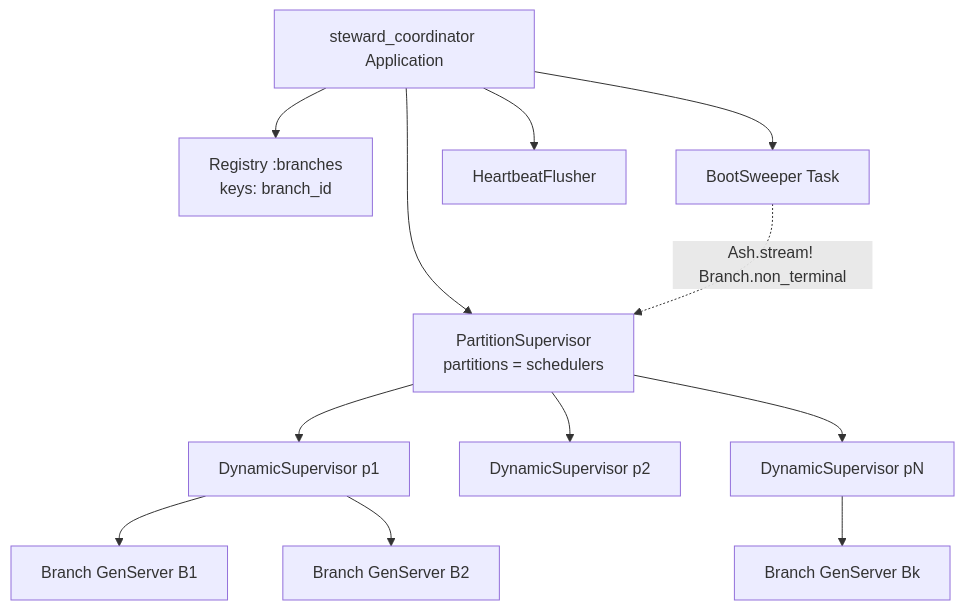
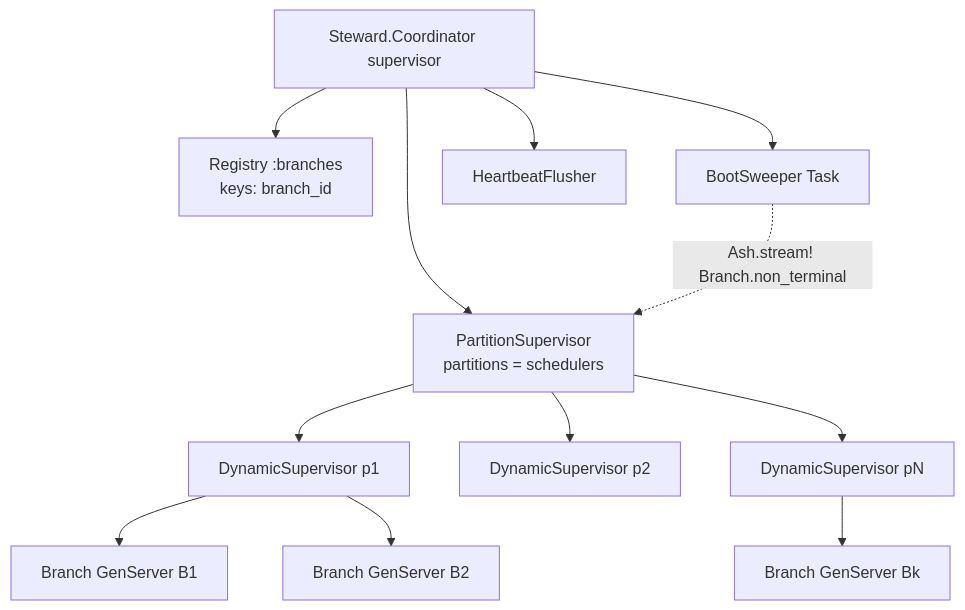
The first of 2 diagrams in docs/10-components/07-control-plane-and-review-queue.md (sunprema/steward), drawn with Mermaid before and after one commit. The commit also changed other lines of this file and 10 other files, not shown here.

````diff
--- a/docs/10-components/07-control-plane-and-review-queue.md
+++ b/docs/10-components/07-control-plane-and-review-queue.md
@@ -76,15 +76,15 @@
 ```mermaid
 flowchart TB
-    App[steward_coordinator Application]
+    App[Steward.Coordinator supervisor]
     App --> Reg[Registry :branches<br/>keys: branch_id]
     App --> PS[PartitionSupervisor<br/>partitions = schedulers]
     PS --> DS1[DynamicSupervisor p1]
     PS --> DS2[DynamicSupervisor p2]
     PS --> DSn[DynamicSupervisor pN]
     DS1 --> B1[Branch GenServer B1]
     DS1 --> B2[Branch GenServer B2]
     DSn --> Bk[Branch GenServer Bk]
     App --> Boot[BootSweeper Task]
     App --> HF[HeartbeatFlusher]
     Boot -.->|Ash.stream! Branch.non_terminal| PS
 ```
````
